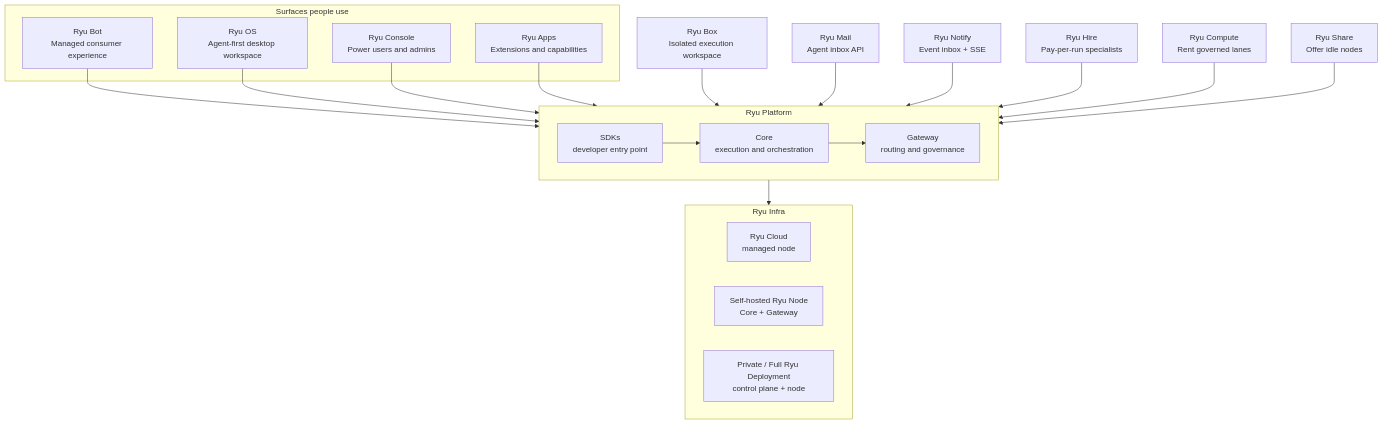
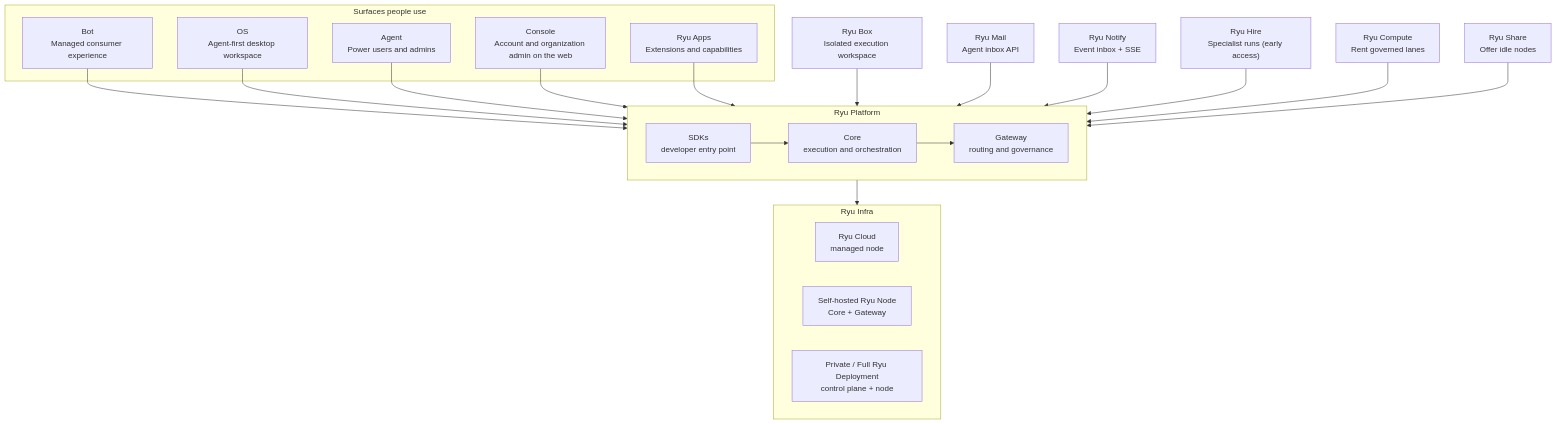
The diagram in content/docs/start-here/architecture/three-products.mdx (amajorai/ryu-docs), drawn with Mermaid before and after one commit. The commit also changed other lines of this file and 2538 other files, not shown here.

````diff
--- a/content/docs/start-here/architecture/three-products.mdx
+++ b/content/docs/start-here/architecture/three-products.mdx
@@ -20,35 +27,37 @@
 ```mermaid
 flowchart TB
   subgraph Surfaces["Surfaces people use"]
-    BOT["Ryu Bot\nManaged consumer experience"]
-    OS["Ryu OS\nAgent-first desktop workspace"]
-    CONSOLE["Ryu Console\nPower users and admins"]
+    BOT["Bot\nManaged consumer experience"]
+    OS["OS\nAgent-first desktop workspace"]
+    AGENT["Agent\nPower users and admins"]
+    CONSOLE["Console\nAccount and organization admin on the web"]
     APPS["Ryu Apps\nExtensions and capabilities"]
   end
 
   subgraph Platform["Ryu Platform"]
     SDK["SDKs\ndeveloper entry point"]
     CORE["Core\nexecution and orchestration"]
     GATEWAY["Gateway\nrouting and governance"]
     SDK --> CORE
     CORE --> GATEWAY
   end
 
   subgraph Infra["Ryu Infra"]
     CLOUD["Ryu Cloud\nmanaged node"]
     SELF["Self-hosted Ryu Node\nCore + Gateway"]
     PRIVATE["Private / Full Ryu Deployment\ncontrol plane + node"]
   end
 
   BOT --> Platform
   OS --> Platform
+  AGENT --> Platform
   CONSOLE --> Platform
   APPS --> Platform
   BOX["Ryu Box\nIsolated execution workspace"] --> Platform
   MAIL["Ryu Mail\nAgent inbox API"] --> Platform
   NOTIFY["Ryu Notify\nEvent inbox + SSE"] --> Platform
-  HIRE["Ryu Hire\nPay-per-run specialists"] --> Platform
+  HIRE["Ryu Hire\nSpecialist runs (early access)"] --> Platform
   COMPUTE["Ryu Compute\nRent governed lanes"] --> Platform
   SHARE["Ryu Share\nOffer idle nodes"] --> Platform
   Platform --> Infra
 ```
````
